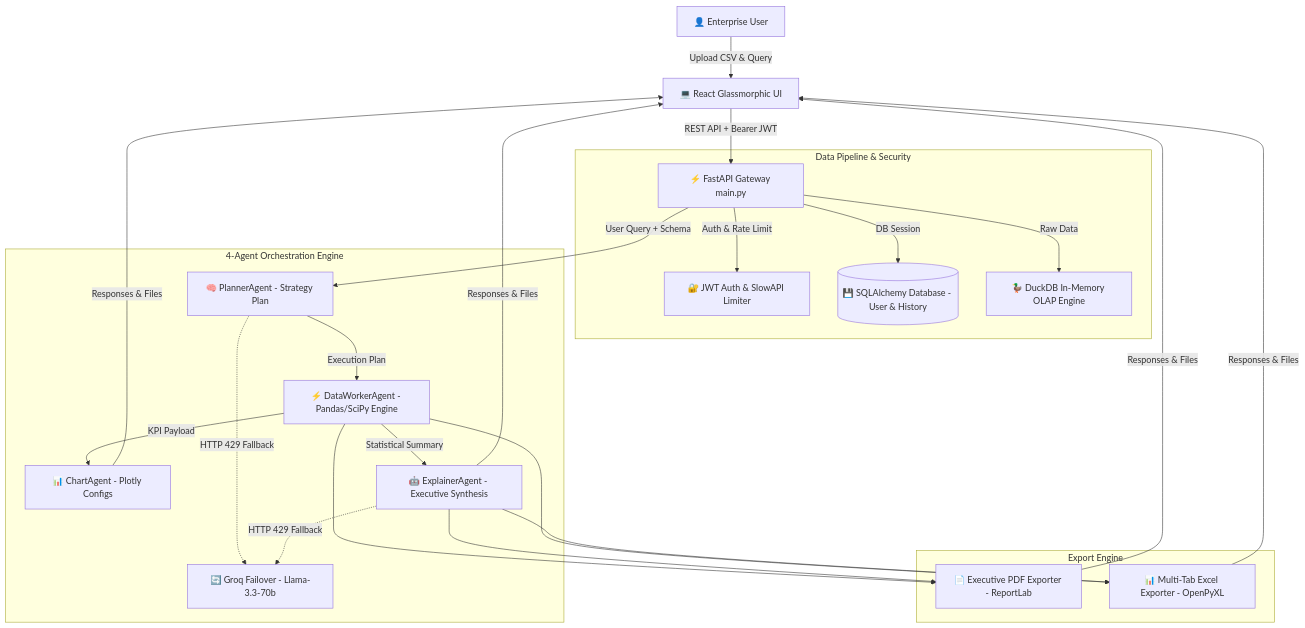
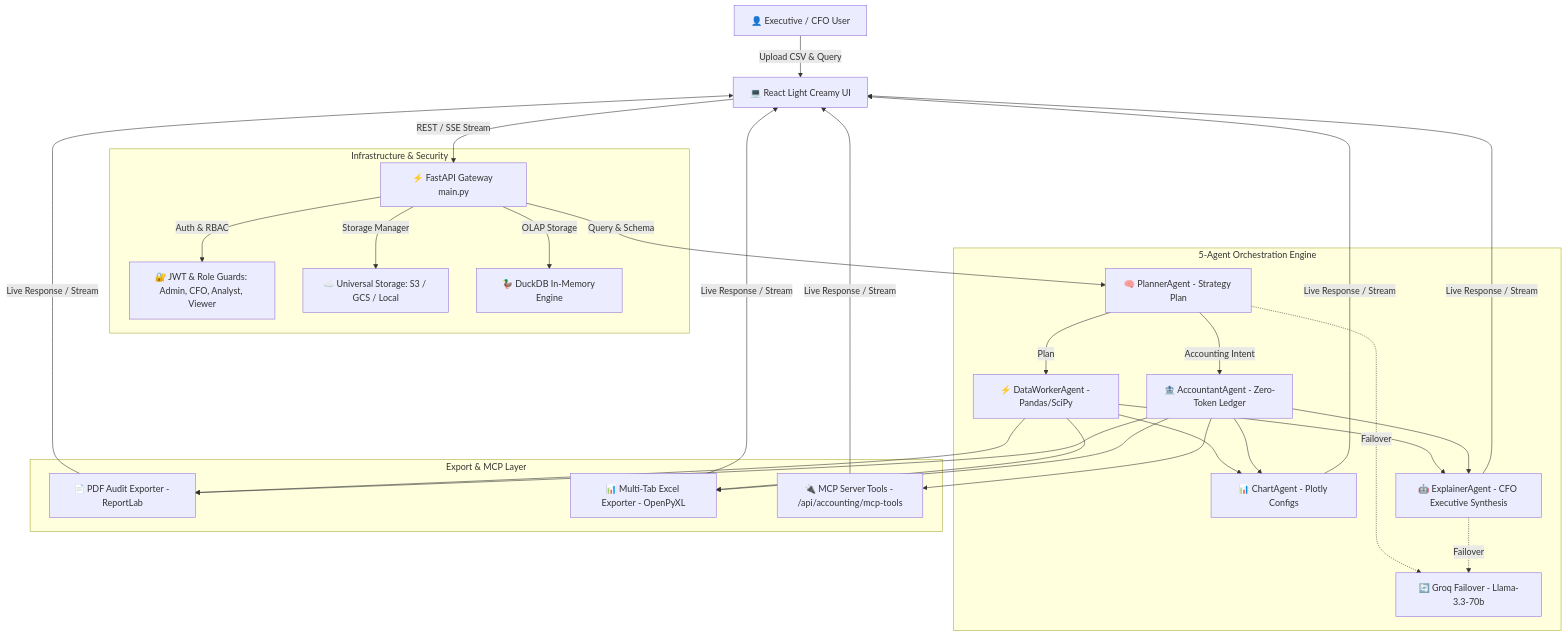
The diagram in README.md (MuneebMalik244535/AI_Dashboard_Analyzer), drawn with Mermaid before and after one commit. The commit also changed other lines of this file, not shown here.

Commit message:
docs: add Unique Value Proposition (UVP), competitive moat, and 5-agent architecture to README.md

````diff
--- a/README.md
+++ b/README.md
@@ -43,28 +63,30 @@
 ```mermaid
 flowchart TD
-    USER[👤 Enterprise User] -->|Upload CSV & Query| UI[💻 React Glassmorphic UI]
-    UI -->|REST API + Bearer JWT| FASTAPI[⚡ FastAPI Gateway main.py]
+    USER[👤 Executive / CFO User] -->|Upload CSV & Query| UI[💻 React Light Creamy UI]
+    UI -->|REST / SSE Stream| FASTAPI[⚡ FastAPI Gateway main.py]
     
-    subgraph Data Pipeline & Security
-        FASTAPI -->|Auth & Rate Limit| AUTH[🔐 JWT Auth & SlowAPI Limiter]
-        FASTAPI -->|DB Session| DB[(💾 SQLAlchemy Database - User & History)]
-        FASTAPI -->|Raw Data| DUCKDB[🦆 DuckDB In-Memory OLAP Engine]
+    subgraph Infrastructure & Security
+        FASTAPI -->|Auth & RBAC| AUTH[🔐 JWT & Role Guards: Admin, CFO, Analyst, Viewer]
+        FASTAPI -->|Storage Manager| STORAGE[☁️ Universal Storage: S3 / GCS / Local]
+        FASTAPI -->|OLAP Storage| DUCKDB[🦆 DuckDB In-Memory Engine]
     end
 
-    subgraph 4-Agent Orchestration Engine
-        FASTAPI -->|User Query + Schema| PLANNER[🧠 PlannerAgent - Strategy Plan]
-        PLANNER -.->|HTTP 429 Fallback| GROQ[🔄 Groq Failover - Llama-3.3-70b]
-        PLANNER -->|Execution Plan| WORKER[⚡ DataWorkerAgent - Pandas/SciPy Engine]
+    subgraph 5-Agent Orchestration Engine
+        FASTAPI -->|Query & Schema| PLANNER[🧠 PlannerAgent - Strategy Plan]
+        PLANNER -.->|Failover| GROQ[🔄 Groq Failover - Llama-3.3-70b]
+        PLANNER -->|Plan| WORKER[⚡ DataWorkerAgent - Pandas/SciPy]
+        PLANNER -->|Accounting Intent| ACCOUNTANT[🏦 AccountantAgent - Zero-Token Ledger]
         
-        WORKER -->|KPI Payload| CHART[📊 ChartAgent - Plotly Configs]
-        WORKER -->|Statistical Summary| EXPLAINER[🤖 ExplainerAgent - Executive Synthesis]
-        EXPLAINER -.->|HTTP 429 Fallback| GROQ
+        WORKER & ACCOUNTANT --> CHART[📊 ChartAgent - Plotly Configs]
+        WORKER & ACCOUNTANT --> EXPLAINER[🤖 ExplainerAgent - CFO Executive Synthesis]
+        EXPLAINER -.->|Failover| GROQ
     end
 
-    subgraph Export Engine
-        WORKER & EXPLAINER --> PDF[📄 Executive PDF Exporter - ReportLab]
-        WORKER & EXPLAINER --> EXCEL[📊 Multi-Tab Excel Exporter - OpenPyXL]
+    subgraph Export & MCP Layer
+        WORKER & ACCOUNTANT --> PDF[📄 PDF Audit Exporter - ReportLab]
+        WORKER & ACCOUNTANT --> EXCEL[📊 Multi-Tab Excel Exporter - OpenPyXL]
+        ACCOUNTANT --> MCP[🔌 MCP Server Tools - /api/accounting/mcp-tools]
     end
 
-    CHART & EXPLAINER & PDF & EXCEL -->|Responses & Files| UI
+    CHART & EXPLAINER & PDF & EXCEL & MCP -->|Live Response / Stream| UI
 ```
````
